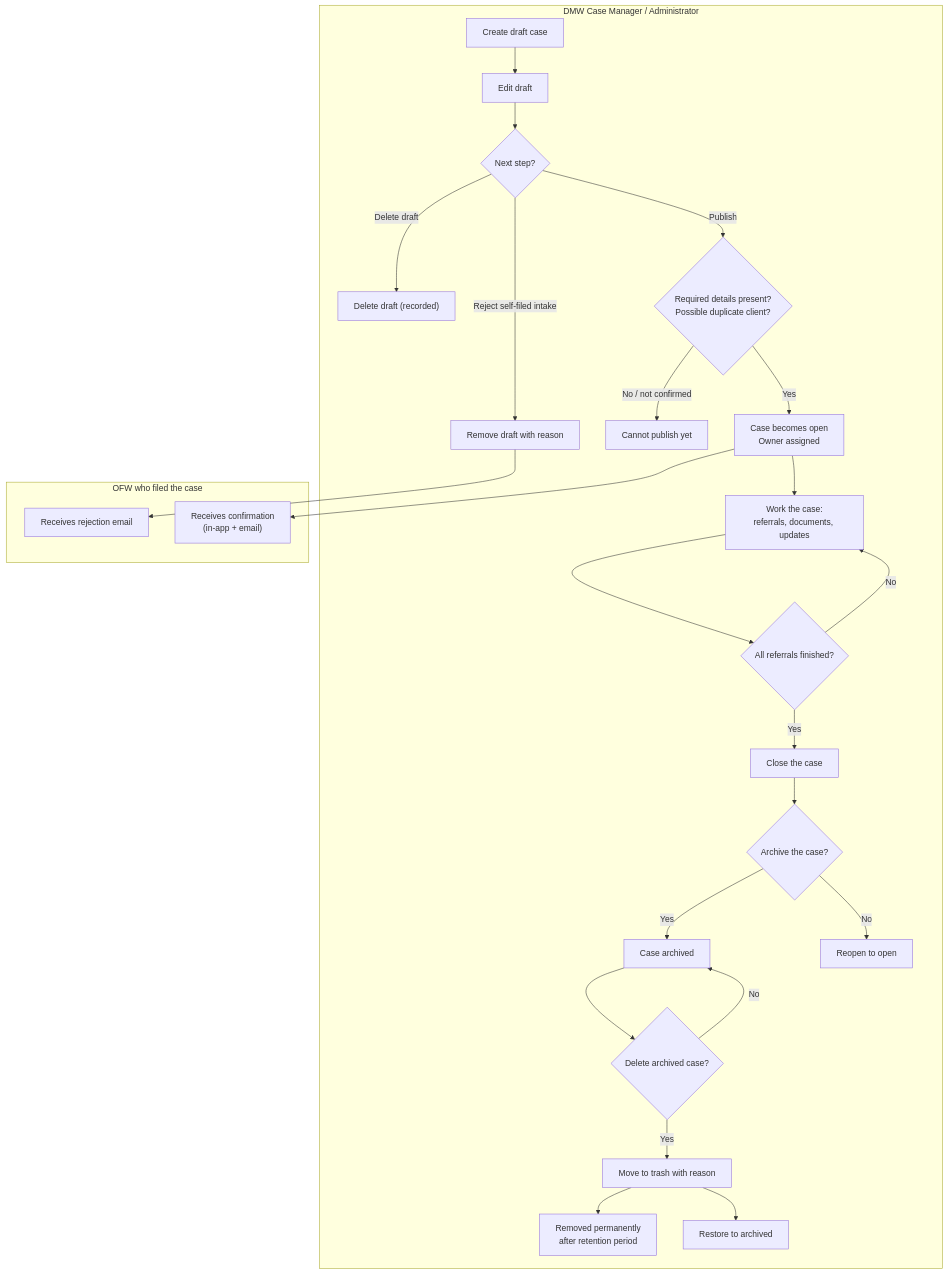
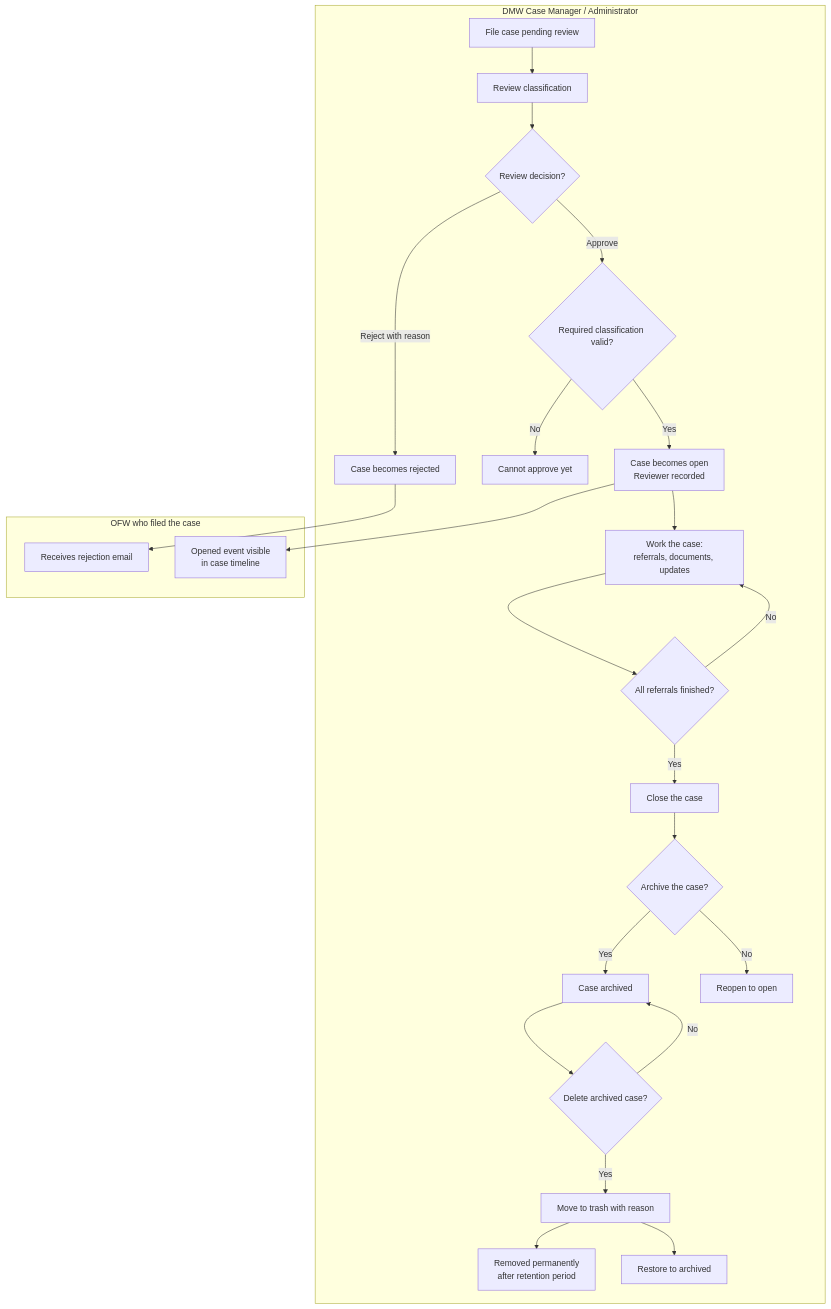
Before and after one commit to baphus/one-window-bayanihan: the first of 7 diagrams in docs/system-analysis-and-design/02-business-process-flow.md, drawn with Mermaid. The commit also changed other lines of this file and 124 other files, not shown here.

````diff
--- a/docs/system-analysis-and-design/02-business-process-flow.md
+++ b/docs/system-analysis-and-design/02-business-process-flow.md
@@ -104,28 +104,27 @@
 ```mermaid
 flowchart TD
     subgraph Staff["DMW Case Manager / Administrator"]
-        A["Create draft case"] --> B["Edit draft"]
-        B --> C{"Next step?"}
-        C -->|"Reject self-filed intake"| R["Remove draft with reason"]
-        C -->|"Delete draft"| DD["Delete draft (recorded)"]
-        C -->|"Publish"| P{"Required details present?<br/>Possible duplicate client?"}
-        P -->|"No / not confirmed"| PF["Cannot publish yet"]
-        P -->|"Yes"| PUB["Case becomes open<br/>Owner assigned"]
+        A["File case pending review"] --> B["Review classification"]
+        B --> C{"Review decision?"}
+        C -->|"Reject with reason"| R["Case becomes rejected"]
+        C -->|"Approve"| P{"Required classification valid?"}
+        P -->|"No"| PF["Cannot approve yet"]
+        P -->|"Yes"| PUB["Case becomes open<br/>Reviewer recorded"]
         PUB --> W["Work the case:<br/>referrals, documents, updates"]
         W --> K{"All referrals finished?"}
         K -->|"No"| W
         K -->|"Yes"| CL["Close the case"]
         CL --> AR{"Archive the case?"}
         AR -->|"Yes"| ARC["Case archived"]
         AR -->|"No"| OP["Reopen to open"]
         ARC --> DA{"Delete archived case?"}
         DA -->|"Yes"| TR["Move to trash with reason"]
         DA -->|"No"| ARC
         TR --> PU["Removed permanently<br/>after retention period"]
         TR --> RS["Restore to archived"]
     end
     subgraph OFW["OFW who filed the case"]
         R --> MAILR["Receives rejection email"]
-        PUB --> MAILP["Receives confirmation<br/>(in-app + email)"]
+        PUB --> MAILP["Opened event visible<br/>in case timeline"]
     end
 ```
````
